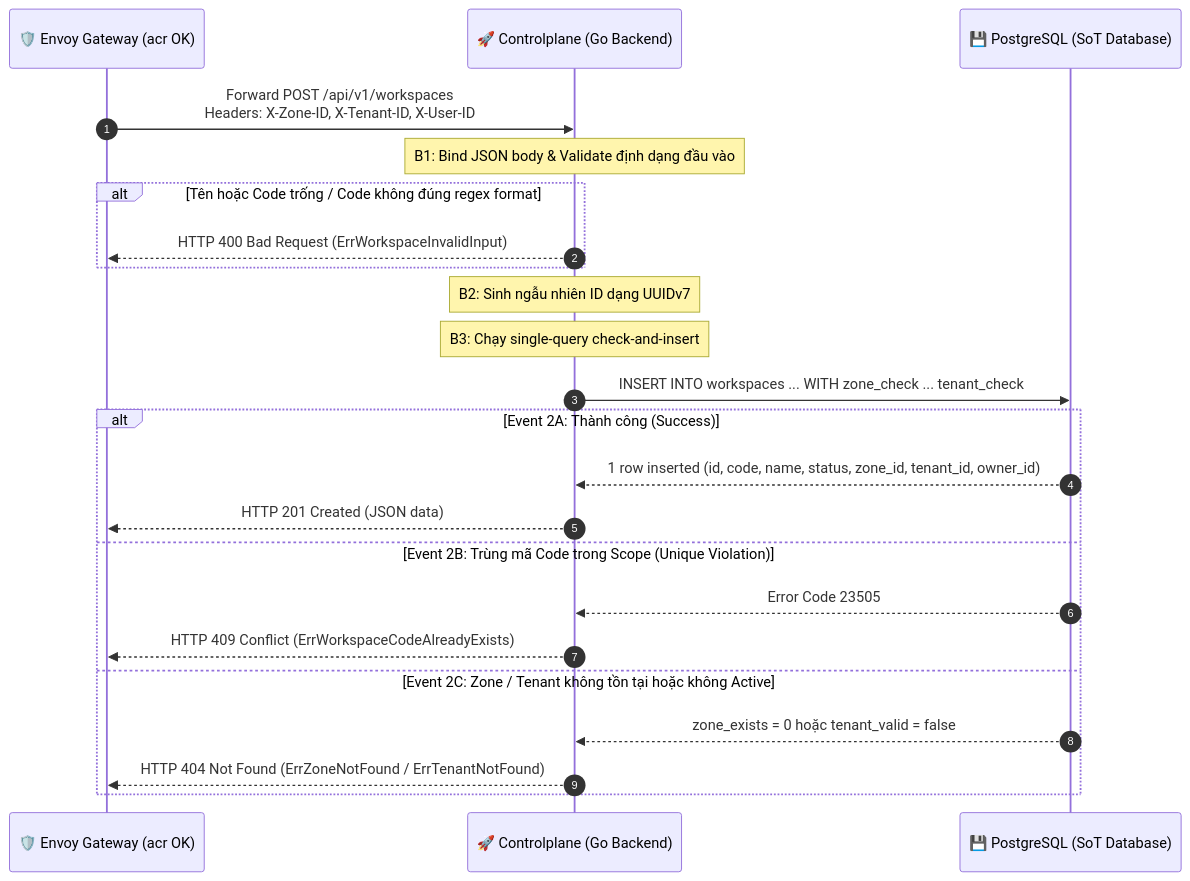
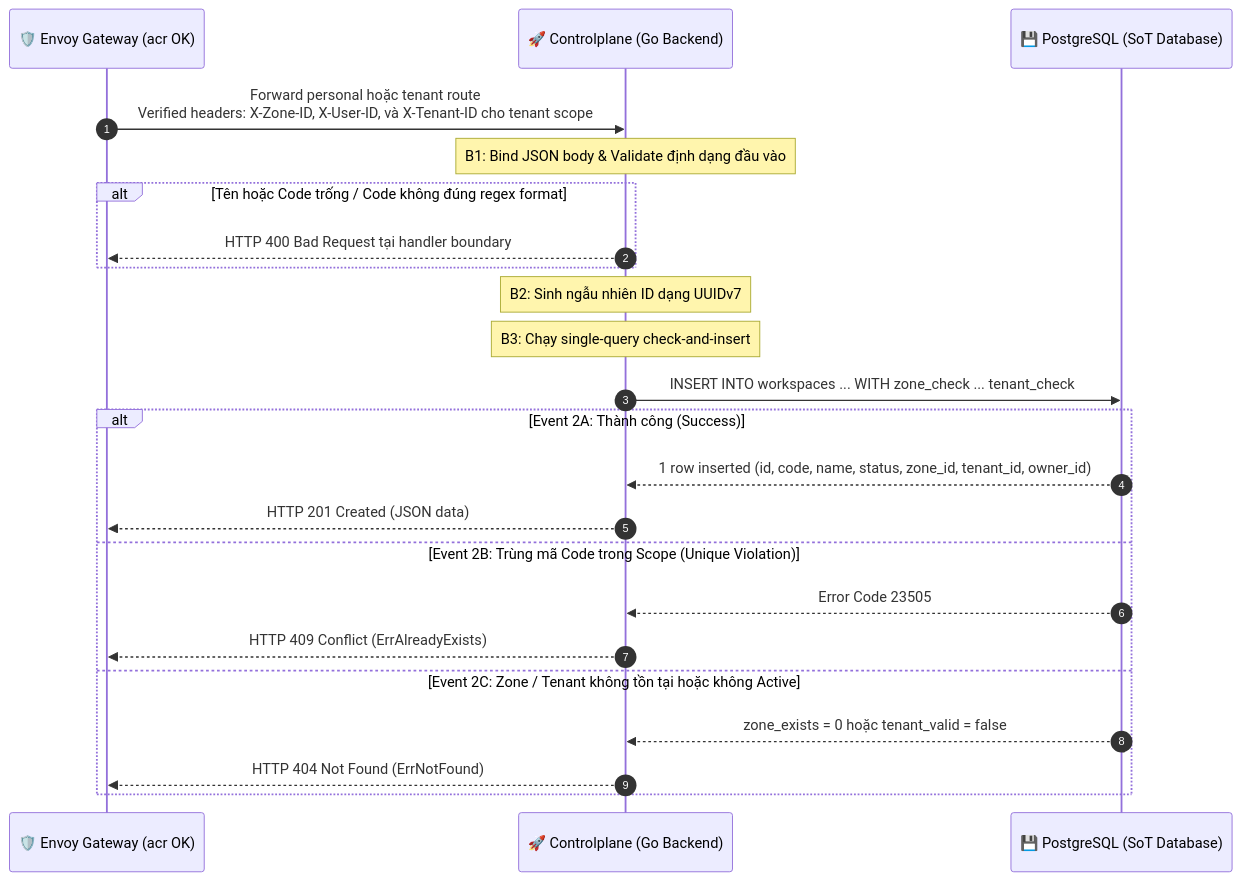
The third of 3 diagrams in god_view/hierarchy/organizational_hierarchy_and_workspace_creation_god_view.md (phucle996/aurora), drawn with Mermaid before and after one commit. The commit also changed other lines of this file and 67 other files, not shown here.

````diff
--- a/god_view/hierarchy/organizational_hierarchy_and_workspace_creation_god_view.md
+++ b/god_view/hierarchy/organizational_hierarchy_and_workspace_creation_god_view.md
@@ -136,30 +136,30 @@
 ```mermaid
 sequenceDiagram
     autonumber
     participant Envoy as 🛡️ Envoy Gateway (acr OK)
     participant CP as 🚀 Controlplane (Go Backend)
     participant DB as 💾 PostgreSQL (SoT Database)
 
-    Envoy->>CP: Forward POST /api/v1/workspaces<br/>Headers: X-Zone-ID, X-Tenant-ID, X-User-ID
+    Envoy->>CP: Forward personal hoặc tenant route<br/>Verified headers: X-Zone-ID, X-User-ID, và X-Tenant-ID cho tenant scope
     
     Note over CP: B1: Bind JSON body & Validate định dạng đầu vào
     alt Tên hoặc Code trống / Code không đúng regex format
-        CP-->>Envoy: HTTP 400 Bad Request (ErrWorkspaceInvalidInput)
+        CP-->>Envoy: HTTP 400 Bad Request tại handler boundary
     end
 
     Note over CP: B2: Sinh ngẫu nhiên ID dạng UUIDv7
     Note over CP: B3: Chạy single-query check-and-insert
     
     CP->>DB: INSERT INTO workspaces ... WITH zone_check ... tenant_check
     
     alt Event 2A: Thành công (Success)
         DB-->>CP: 1 row inserted (id, code, name, status, zone_id, tenant_id, owner_id)
         CP-->>Envoy: HTTP 201 Created (JSON data)
     else Event 2B: Trùng mã Code trong Scope (Unique Violation)
         DB-->>CP: Error Code 23505
-        CP-->>Envoy: HTTP 409 Conflict (ErrWorkspaceCodeAlreadyExists)
+        CP-->>Envoy: HTTP 409 Conflict (ErrAlreadyExists)
     else Event 2C: Zone / Tenant không tồn tại hoặc không Active
         DB-->>CP: zone_exists = 0 hoặc tenant_valid = false
-        CP-->>Envoy: HTTP 404 Not Found (ErrZoneNotFound / ErrTenantNotFound)
+        CP-->>Envoy: HTTP 404 Not Found (ErrNotFound)
     end
 ```
````
